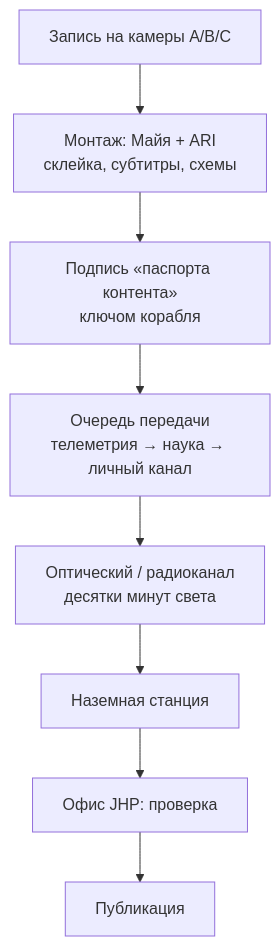
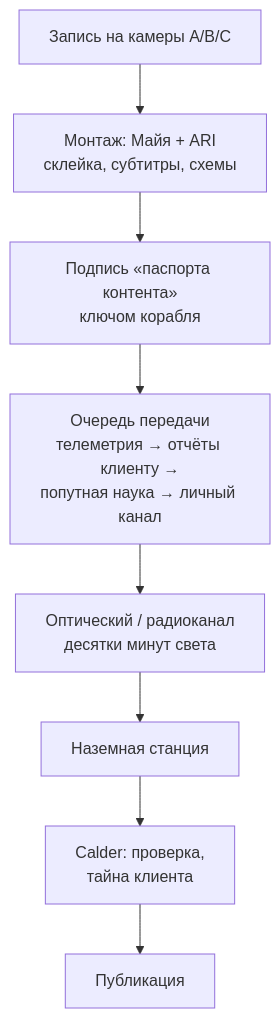
The diagram in ru/10-world/media-and-audience.md (yunoshev/may-in-transit), drawn with Mermaid before and after one commit. The commit also changed other lines of this file and 72 other files, not shown here.

````diff
--- a/ru/10-world/media-and-audience.md
+++ b/ru/10-world/media-and-audience.md
@@ -52,8 +53,8 @@
 ```mermaid
 flowchart TD
   A["Запись на камеры A/B/C"] --> B["Монтаж: Майя + ARI<br/>склейка, субтитры, схемы"]
   B --> C["Подпись «паспорта контента»<br/>ключом корабля"]
-  C --> D["Очередь передачи<br/>телеметрия → наука → личный канал"]
+  C --> D["Очередь передачи<br/>телеметрия → отчёты клиенту →<br/>попутная наука → личный канал"]
   D --> E["Оптический / радиоканал<br/>десятки минут света"]
-  E --> F["Наземная станция"] --> G["Офис JHP: проверка"] --> H["Публикация"]
+  E --> F["Наземная станция"] --> G["Calder: проверка,<br/>тайна клиента"] --> H["Публикация"]
 ```
````
